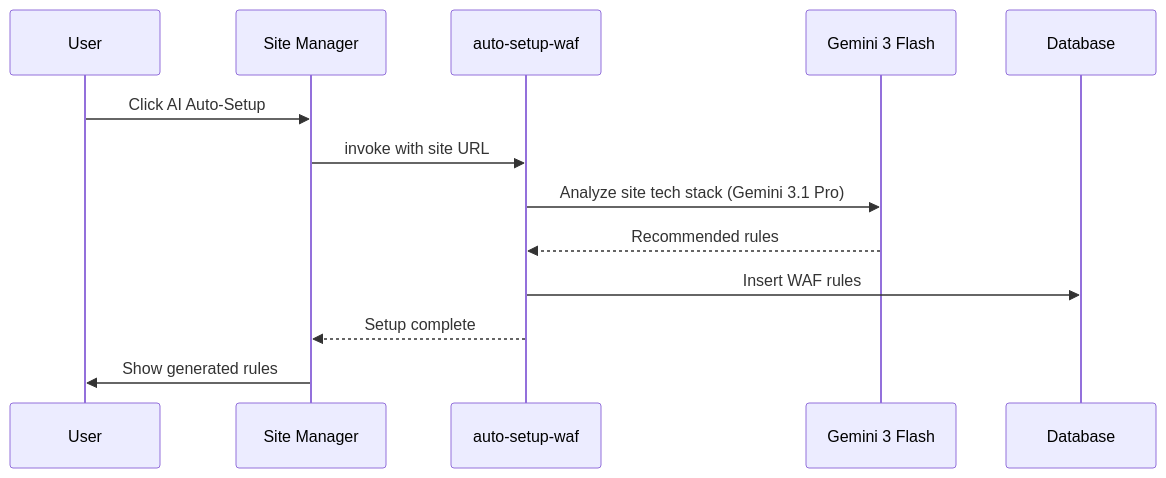
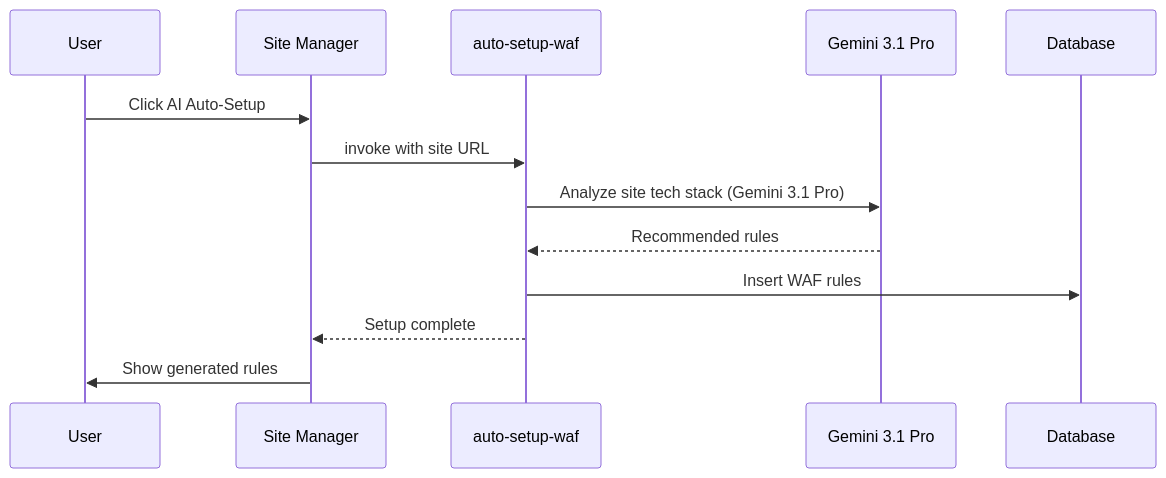
One commit to ritvikindupuri/globeguard-waf changed the third of 12 diagrams in DOCUMENTATION.md. Above: the diagram before and after it, drawn with Mermaid.

Commit message:
Standardized diagrams and flow

````diff
--- a/DOCUMENTATION.md
+++ b/DOCUMENTATION.md
@@ -260,16 +260,16 @@
 ```mermaid
 sequenceDiagram
     participant U as User
     participant UI as Site Manager
     participant EF as auto-setup-waf
-    participant AI as Gemini 3 Flash
+    participant AI as Gemini 3.1 Pro
     participant DB as Database
 
     U->>UI: Click AI Auto-Setup
     UI->>EF: invoke with site URL
     EF->>AI: Analyze site tech stack (Gemini 3.1 Pro)
     AI-->>EF: Recommended rules
     EF->>DB: Insert WAF rules
     EF-->>UI: Setup complete
     UI->>U: Show generated rules
 ```
````
